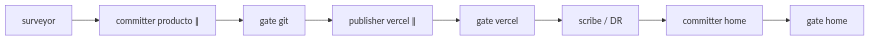
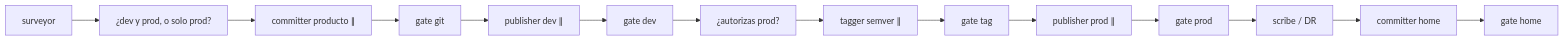
Diagram 12 of 15 in README.md (infosails/infosails-harness), drawn with Mermaid before and after one commit. The commit also changed other lines of this file and 26 other files, not shown here.

````diff
--- a/README.md
+++ b/README.md
@@ -596,10 +601,16 @@
 ```mermaid
 flowchart LR
-  Sur[surveyor] --> Prod["committer producto ∥"]
+  Sur[surveyor] --> Ask0["¿dev y prod, o solo prod?"]
+  Ask0 --> Prod["committer producto ∥"]
   Prod --> GateP[gate git]
-  GateP --> Pub["publisher vercel ∥"]
-  Pub --> GateV[gate vercel]
+  GateP --> Dev["publisher dev ∥"]
+  Dev --> GateD[gate dev]
+  GateD --> Ask["¿autorizas prod?"]
+  Ask --> Tag["tagger semver ∥"]
+  Tag --> GateT[gate tag]
+  GateT --> Pub["publisher prod ∥"]
+  Pub --> GateV[gate prod]
   GateV --> Scr[scribe / DR]
   Scr --> Home[committer home]
   Home --> GateH[gate home]
 ```
````
